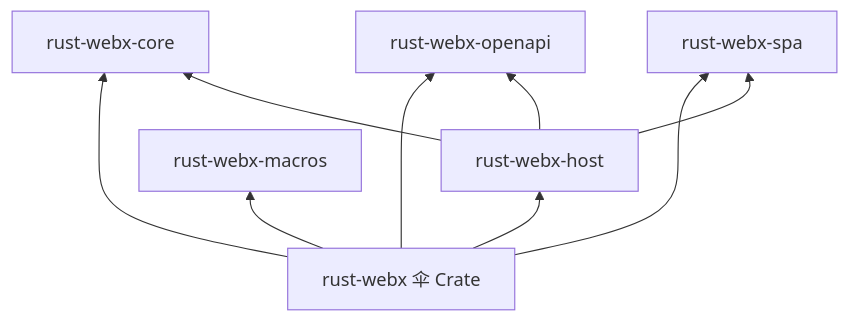
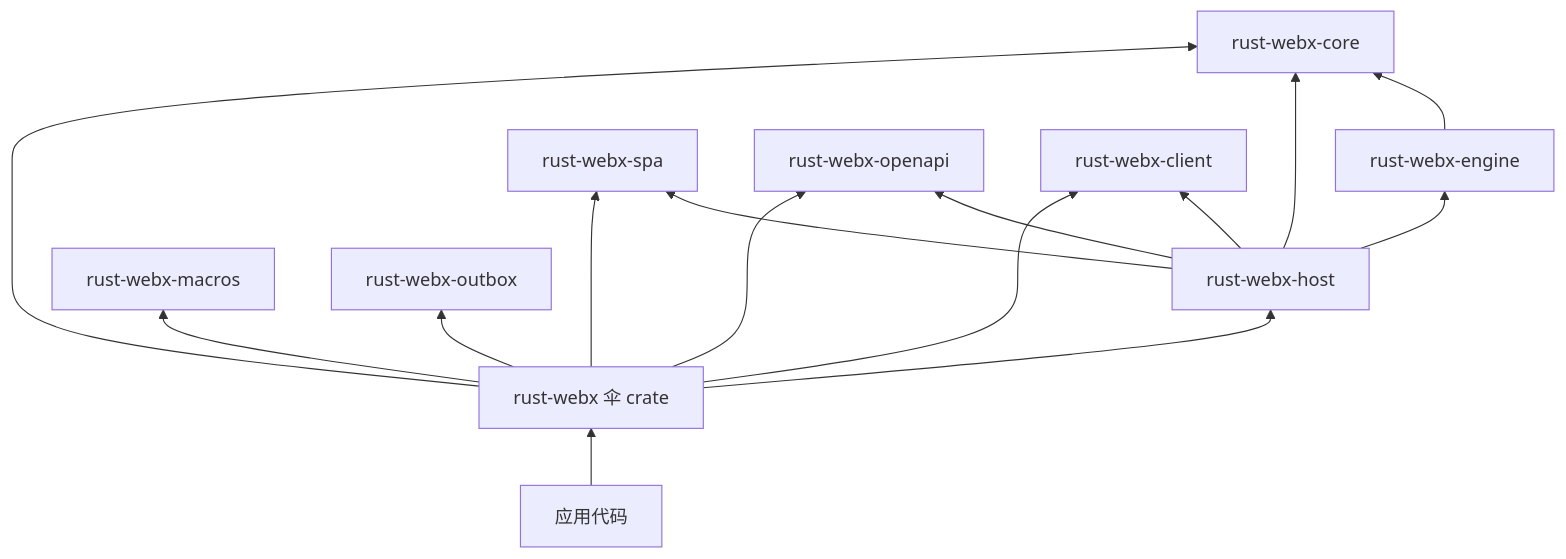
Before and after one commit to Rust-Framework/rust-webx: the diagram in docs/rust-webx/01-introduction/ecosystem-overview.md, drawn with Mermaid. The commit also changed other lines of this file and 1 other file, not shown here.

Commit message:
docs: align ecosystem overview and crate layout with 2.9.3

````diff
--- a/docs/rust-webx/01-introduction/ecosystem-overview.md
+++ b/docs/rust-webx/01-introduction/ecosystem-overview.md
@@ -35,18 +36,28 @@
 ```mermaid
 graph BT
-    Webapp[rust-webx 伞 Crate]
+    App[应用代码]
+    Webx[rust-webx 伞 crate]
     Core[rust-webx-core]
     Host[rust-webx-host]
+    Engine[rust-webx-engine]
     Macros[rust-webx-macros]
     SPA[rust-webx-spa]
     OpenAPI[rust-webx-openapi]
+    Client[rust-webx-client]
+    Outbox[rust-webx-outbox]
 
-    Webapp --> Core
-    Webapp --> Host
-    Webapp --> Macros
-    Webapp --> SPA
-    Webapp --> OpenAPI
+    App --> Webx
+    Webx --> Core
+    Webx --> Host
+    Webx --> Macros
+    Webx --> SPA
+    Webx --> OpenAPI
+    Webx --> Client
+    Webx --> Outbox
     Host --> Core
+    Host --> Engine
+    Host --> Client
+    Host --> SPA
     Host --> OpenAPI
-    Host --> SPA
+    Engine --> Core
 ```
````
